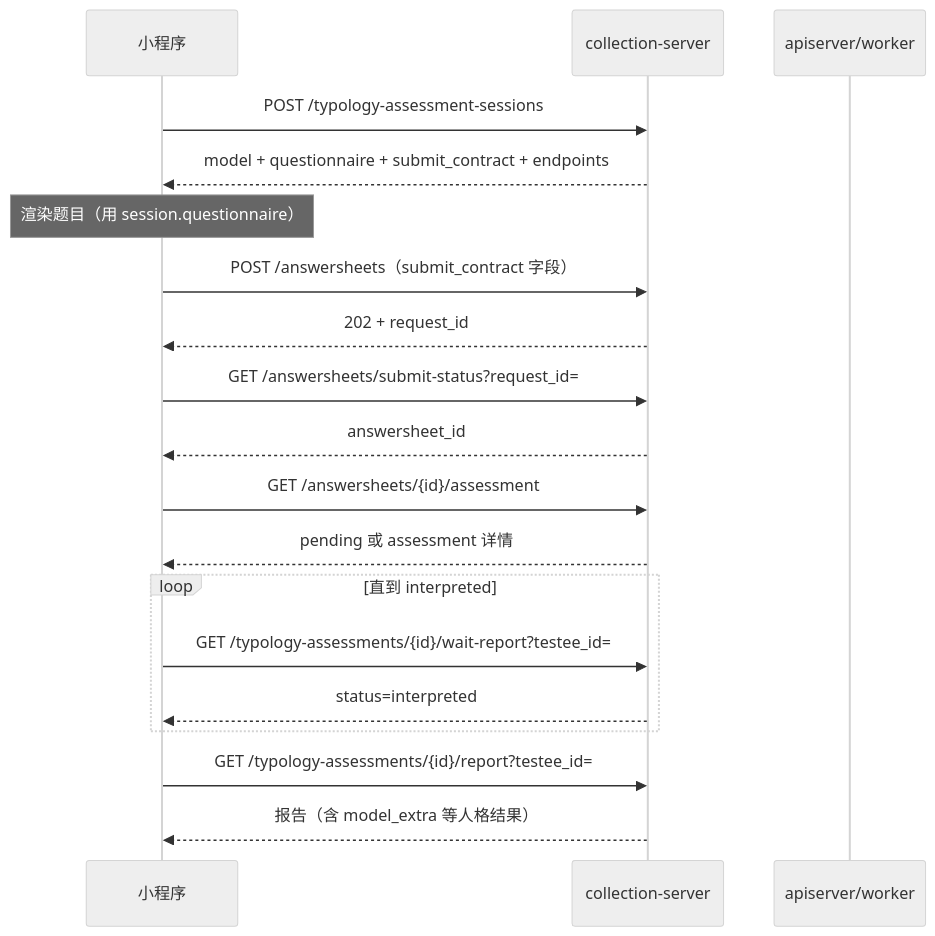
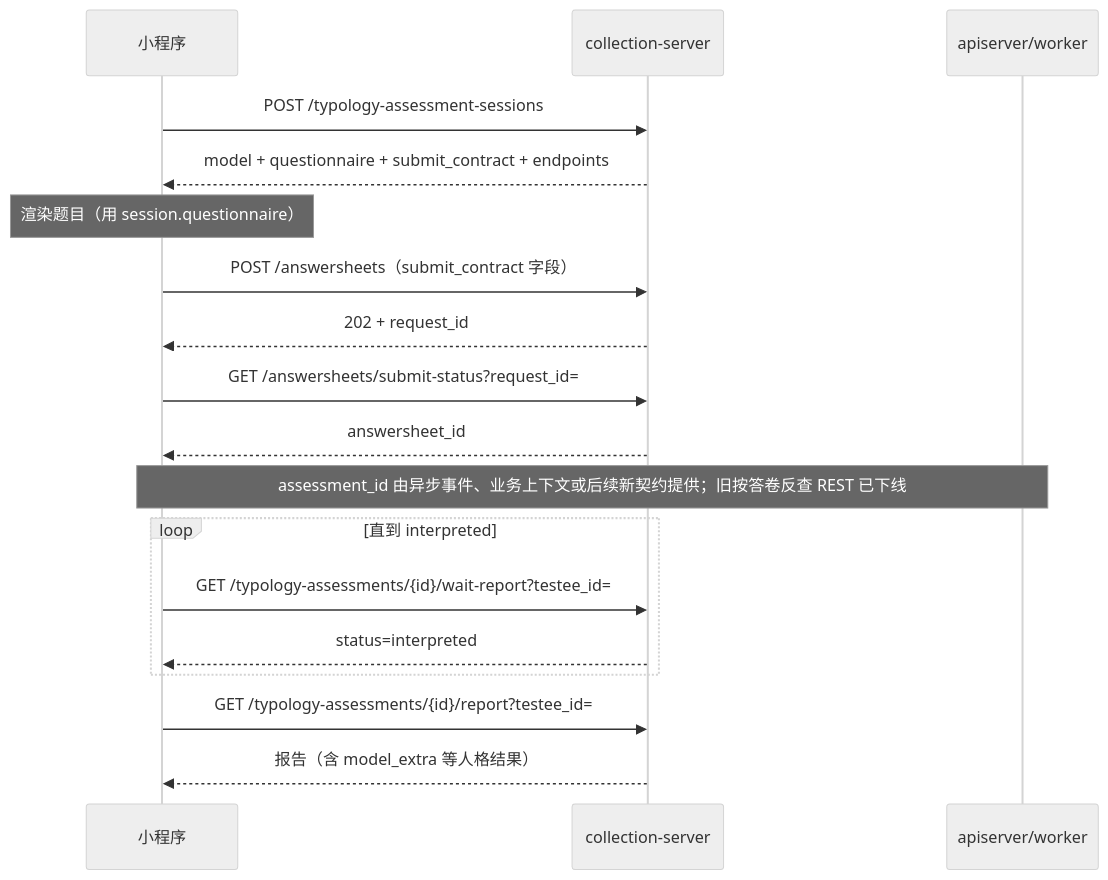
One commit to FangcunMount/qs-server changed the diagram in docs/04-接口与运维/03-小程序人格测评接入.md. Above: the diagram before and after it, drawn with Mermaid (neutral theme). The commit also changed other lines of this file and 22 other files, not shown here.

````diff
--- a/docs/04-接口与运维/03-小程序人格测评接入.md
+++ b/docs/04-接口与运维/03-小程序人格测评接入.md
@@ -54,28 +54,27 @@
 ```mermaid
 sequenceDiagram
     participant MP as 小程序
     participant CS as collection-server
     participant AS as apiserver/worker
 
     MP->>CS: POST /typology-assessment-sessions
     CS-->>MP: model + questionnaire + submit_contract + endpoints
 
     Note over MP: 渲染题目（用 session.questionnaire）
 
     MP->>CS: POST /answersheets（submit_contract 字段）
     CS-->>MP: 202 + request_id
 
     MP->>CS: GET /answersheets/submit-status?request_id=
     CS-->>MP: answersheet_id
 
-    MP->>CS: GET /answersheets/{id}/assessment
-    CS-->>MP: pending 或 assessment 详情
+    Note over MP,AS: assessment_id 由异步事件、业务上下文或后续新契约提供；旧按答卷反查 REST 已下线
 
     loop 直到 interpreted
         MP->>CS: GET /typology-assessments/{id}/wait-report?testee_id=
         CS-->>MP: status=interpreted
     end
 
     MP->>CS: GET /typology-assessments/{id}/report?testee_id=
     CS-->>MP: 报告（含 model_extra 等人格结果）
 ```
````
